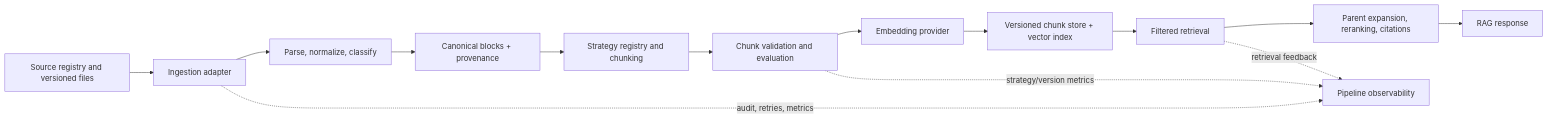
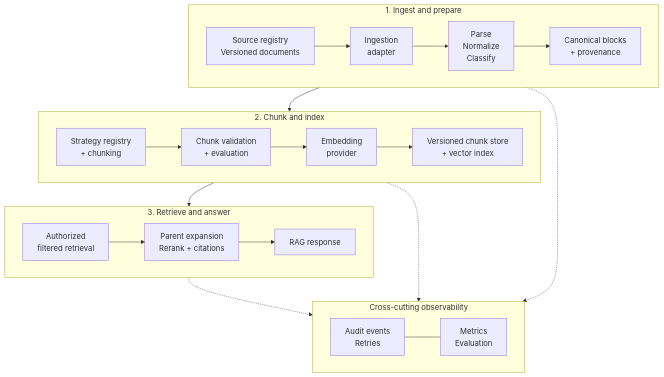
Before and after one commit to nandinikori/FAQ_Assistant_Using_RAG: the tenth of 10 diagrams in README.md, drawn with Mermaid.

Commit message:
feat(chunking): update enterprise architecture diagram for clarity and structure

````diff
--- a/README.md
+++ b/README.md
@@ -450,16 +450,34 @@
 ```mermaid
-flowchart LR
-    A["Source registry and versioned files"] --> B["Ingestion adapter"]
-    B --> C["Parse, normalize, classify"]
-    C --> D["Canonical blocks + provenance"]
-    D --> E["Strategy registry and chunking"]
-    E --> F["Chunk validation and evaluation"]
-    F --> G["Embedding provider"]
-    G --> H["Versioned chunk store + vector index"]
-    H --> I["Filtered retrieval"]
-    I --> J["Parent expansion, reranking, citations"]
-    J --> K["RAG response"]
-    B -. "audit, retries, metrics" .-> L["Pipeline observability"]
-    F -. "strategy/version metrics" .-> L
-    I -. "retrieval feedback" .-> L
+flowchart TB
+    subgraph INGEST["1. Ingest and prepare"]
+        direction LR
+        SOURCE["Source registry<br/>Versioned documents"] --> ADAPTER["Ingestion<br/>adapter"]
+        ADAPTER --> PARSE["Parse<br/>Normalize<br/>Classify"]
+        PARSE --> BLOCKS["Canonical blocks<br/>+ provenance"]
+    end
+
+    subgraph INDEX["2. Chunk and index"]
+        direction LR
+        STRATEGY["Strategy registry<br/>+ chunking"] --> VALIDATE["Chunk validation<br/>+ evaluation"]
+        VALIDATE --> EMBED["Embedding<br/>provider"]
+        EMBED --> STORE["Versioned chunk store<br/>+ vector index"]
+    end
+
+    subgraph SERVE["3. Retrieve and answer"]
+        direction LR
+        SEARCH["Authorized<br/>filtered retrieval"] --> EXPAND["Parent expansion<br/>Rerank + citations"]
+        EXPAND --> RESPONSE["RAG response"]
+    end
+
+    BLOCKS --> STRATEGY
+    STORE --> SEARCH
+
+    subgraph CONTROLS["Cross-cutting observability"]
+        direction LR
+        AUDIT["Audit events<br/>Retries"] --- METRICS["Metrics<br/>Evaluation"]
+    end
+
+    ADAPTER -.-> AUDIT
+    VALIDATE -.-> METRICS
+    SEARCH -.-> METRICS
 ```
````
